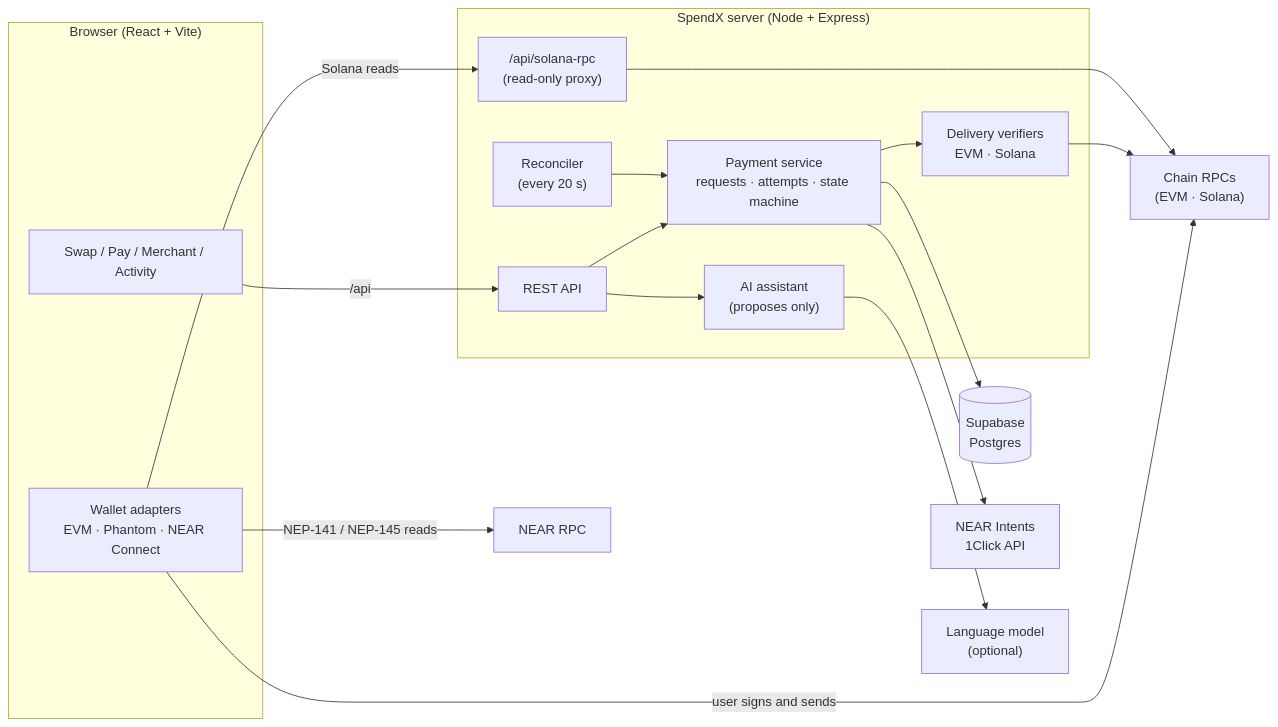
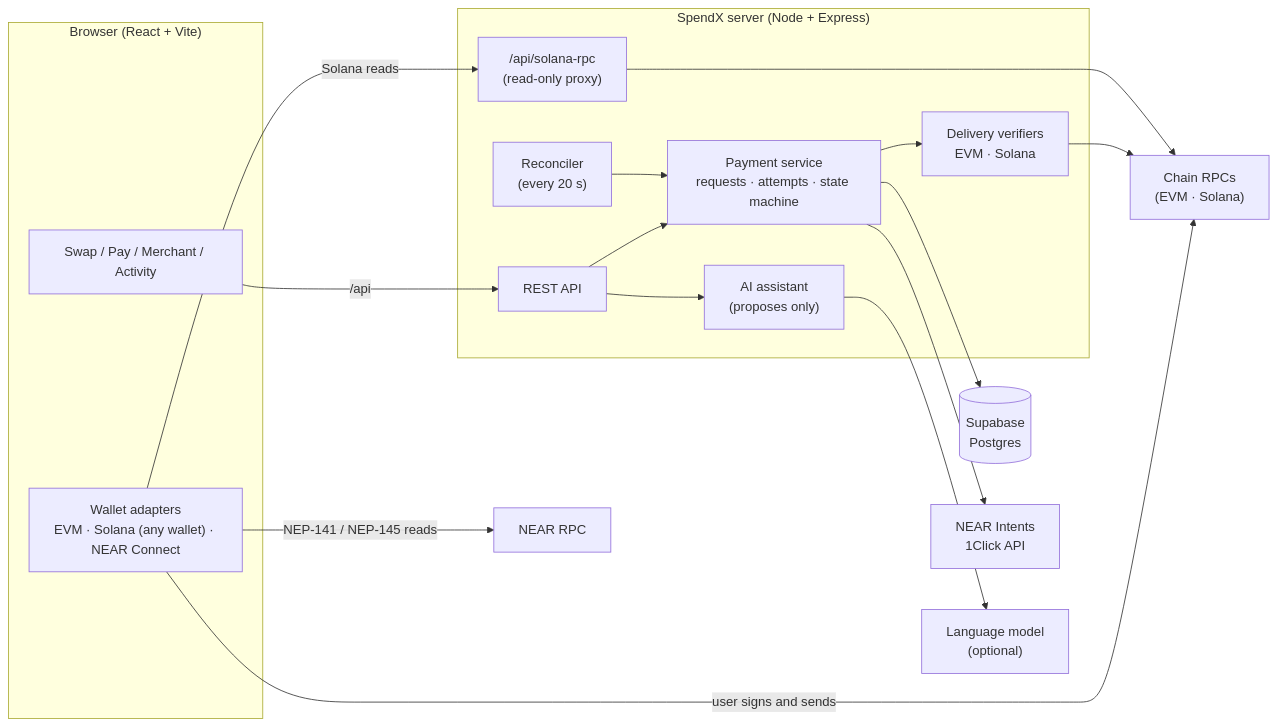
Before and after one commit to akaniooh/spendX: the diagram in README.md, drawn with Mermaid. The commit also changed other lines of this file, not shown here.

````diff
--- a/README.md
+++ b/README.md
@@ -73,36 +73,36 @@
 ```mermaid
 flowchart LR
   subgraph Browser["Browser (React + Vite)"]
     UI["Swap / Pay / Merchant / Activity"]
-    W["Wallet adapters<br/>EVM · Phantom · NEAR Connect"]
+    W["Wallet adapters<br/>EVM · Solana (any wallet) · NEAR Connect"]
   end
 
   subgraph Server["SpendX server (Node + Express)"]
     API["REST API"]
     SVC["Payment service<br/>requests · attempts · state machine"]
     VER["Delivery verifiers<br/>EVM · Solana"]
     REC["Reconciler<br/>(every 20 s)"]
     PROXY["/api/solana-rpc<br/>(read-only proxy)"]
     AST["AI assistant<br/>(proposes only)"]
   end
 
   DB[("Supabase<br/>Postgres")]
   OC["NEAR Intents<br/>1Click API"]
   RPC["Chain RPCs<br/>(EVM · Solana)"]
   NRPC["NEAR RPC"]
   LLM["Language model<br/>(optional)"]
 
   UI -->|"/api"| API
   W -->|"user signs and sends"| RPC
   W -->|"NEP-141 / NEP-145 reads"| NRPC
   W -->|"Solana reads"| PROXY
   API --> SVC
   SVC --> OC
   SVC --> DB
   SVC --> VER
   VER --> RPC
   PROXY --> RPC
   REC --> SVC
   AST --> LLM
   API --> AST
 ```
````
